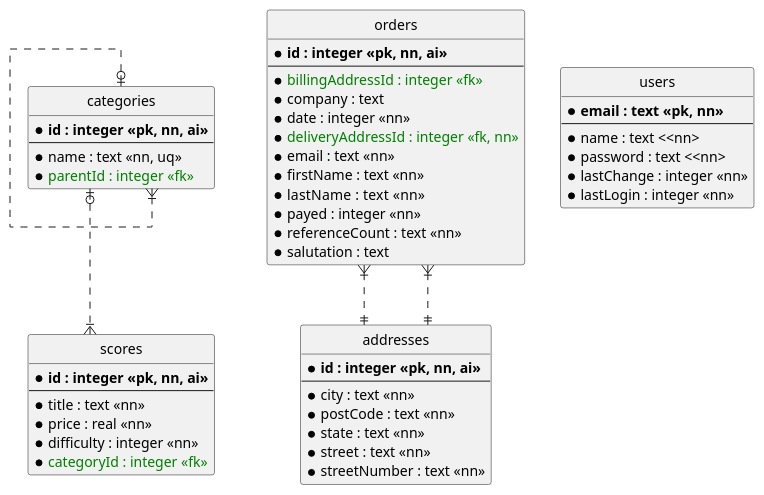
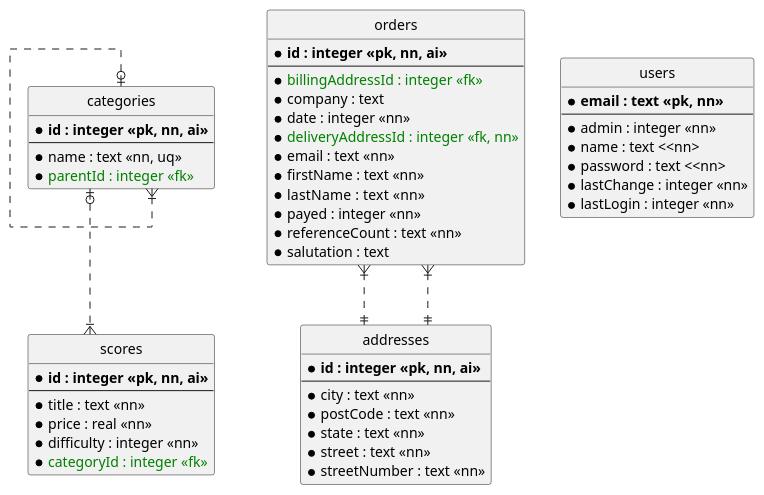
Before and after one commit to mknentwich/core: the diagram in doc/database/database.adoc, drawn with PlantUML. The commit also changed 1 other file, not shown here.

Commit message:
added admin attribute

```diff
--- a/doc/database/database.adoc
+++ b/doc/database/database.adoc
@@ -8,68 +8,69 @@
 [plantuml, database_model, svg]
 ....
 @startuml
 
 hide circle
 skinparam linetype ortho
 
 ' entities
 
 entity "categories" as cat {
   * **id : integer <<pk, nn, ai>>**
   --
   *name : text <<nn, uq>>
   *<color:green>parentId : integer <<fk>></color>
 }
 
 entity "scores" as sco {
   * **id : integer <<pk, nn, ai>>**
   --
   *title : text <<nn>>
   *price : real <<nn>>
   *difficulty : integer <<nn>>
   *<color:green>categoryId : integer <<fk>></color>
 }
 
 entity "orders" as ord {
   * **id : integer <<pk, nn, ai>>**
   --
   *<color:green>billingAddressId : integer <<fk>></color>
   *company : text
   *date : integer <<nn>>
   *<color:green>deliveryAddressId : integer <<fk, nn>></color>
   *email : text <<nn>>
   *firstName : text <<nn>>
   *lastName :  text <<nn>>
   *payed : integer <<nn>>
   *referenceCount : text <<nn>>
   *salutation : text
 }
 
 entity "addresses" as add {
   * **id : integer <<pk, nn, ai>>**
   --
   *city : text <<nn>>
   *postCode : text <<nn>>
   *state : text <<nn>>
   *street : text <<nn>>
   *streetNumber : text <<nn>>
 }
 
 entity "users" {
   * **email : text <<pk, nn>>**
   --
+  *admin : integer <<nn>>
   *name : text <<nn>
   *password : text <<nn>
   *lastChange : integer <<nn>>
   *lastLogin : integer <<nn>>
 }
 
 ' relations
 
 cat |o..|{ cat
 cat |o..|{ sco
 ord }|..|| add
 ord }|..|| add
 
 @enduml
 ....
```
